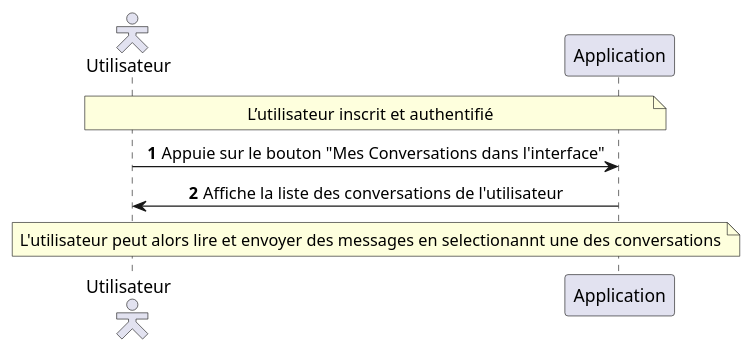
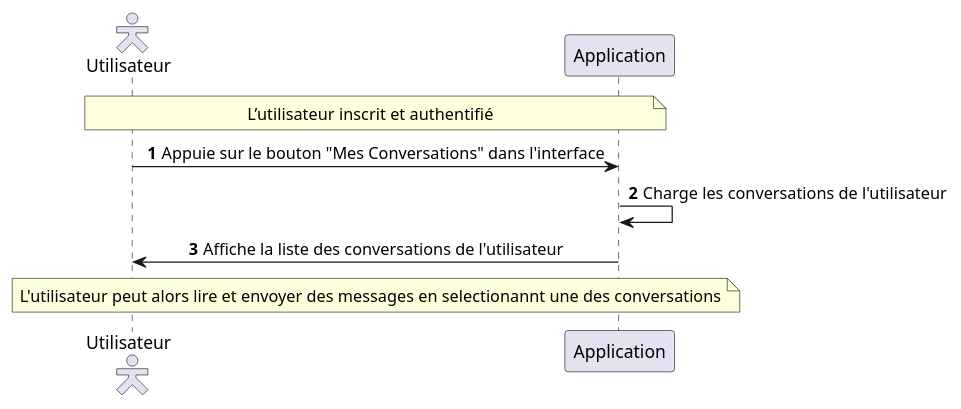
The diagram in src/Description_des_scenarios_Messages_Consulter_ses_conversations.puml (MinaroliCorentin/PSO), drawn with PlantUML before and after one commit. The commit also changed 5 other files, not shown here.

```diff
--- a/src/Description_des_scenarios_Messages_Consulter_ses_conversations.puml
+++ b/src/Description_des_scenarios_Messages_Consulter_ses_conversations.puml
@@ -1,20 +1,21 @@
 @startuml
 autonumber
 skinparam sequenceMessageAlign center
 skinparam actorStyle hollow
 
 actor "Utilisateur" as user
 participant "Application" as app
 
 note over user, app
 L’utilisateur inscrit et authentifié
 end note
 
-user -> app : Appuie sur le bouton "Mes Conversations dans l'interface"
+user -> app : Appuie sur le bouton "Mes Conversations" dans l'interface
+app -> app : Charge les conversations de l'utilisateur
 app -> user : Affiche la liste des conversations de l'utilisateur
 
 note over user, app
 L'utilisateur peut alors lire et envoyer des messages en selectionannt une des conversations
 end note
 
 @enduml
```
